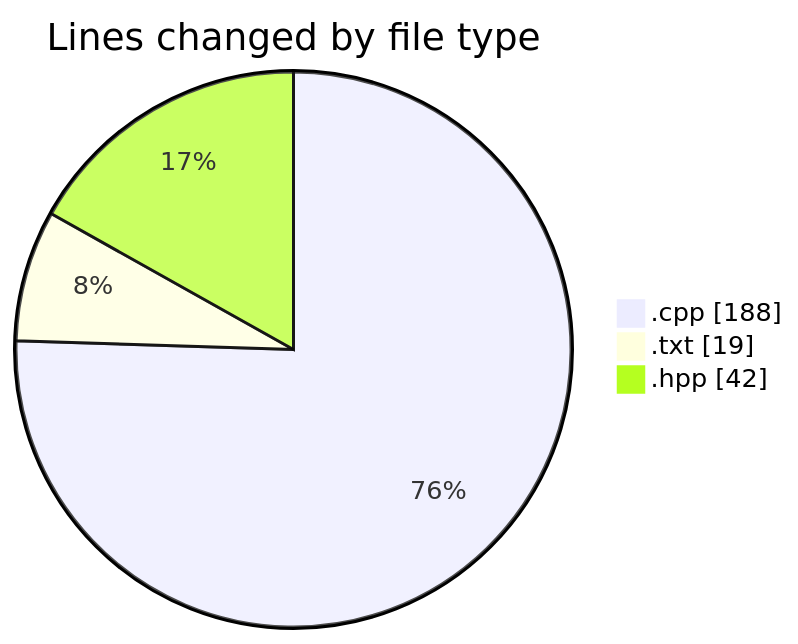
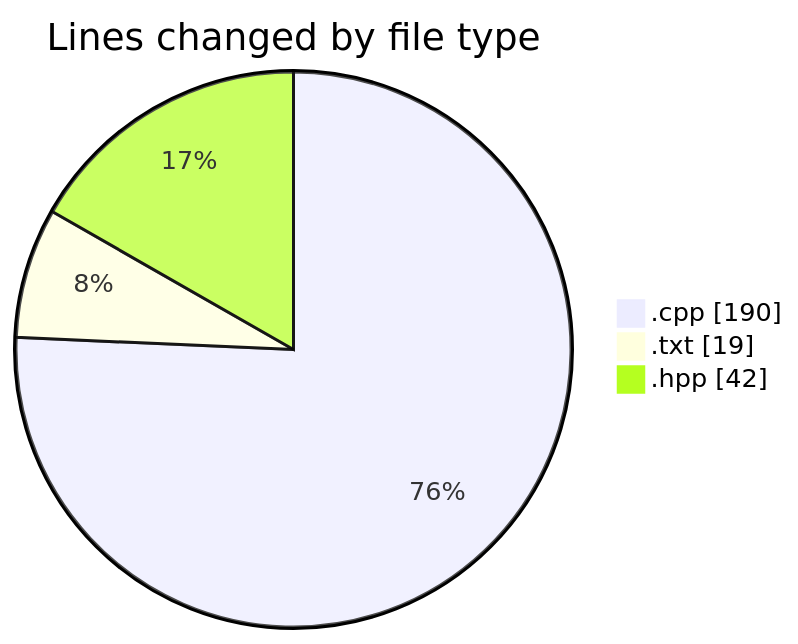
The first of 2 diagrams in 2025-05-09/date/README.md (Netris89/code-tracking), drawn with Mermaid before and after one commit. The commit also changed other lines of this file and 1 other file, not shown here.

````diff
--- a/2025-05-09/date/README.md
+++ b/2025-05-09/date/README.md
@@ -23,7 +23,7 @@
 ```mermaid
 pie showData
 title Lines changed by file type
-".cpp" : 188
+".cpp" : 190
 ".txt" : 19
 ".hpp" : 42
 ```
````
